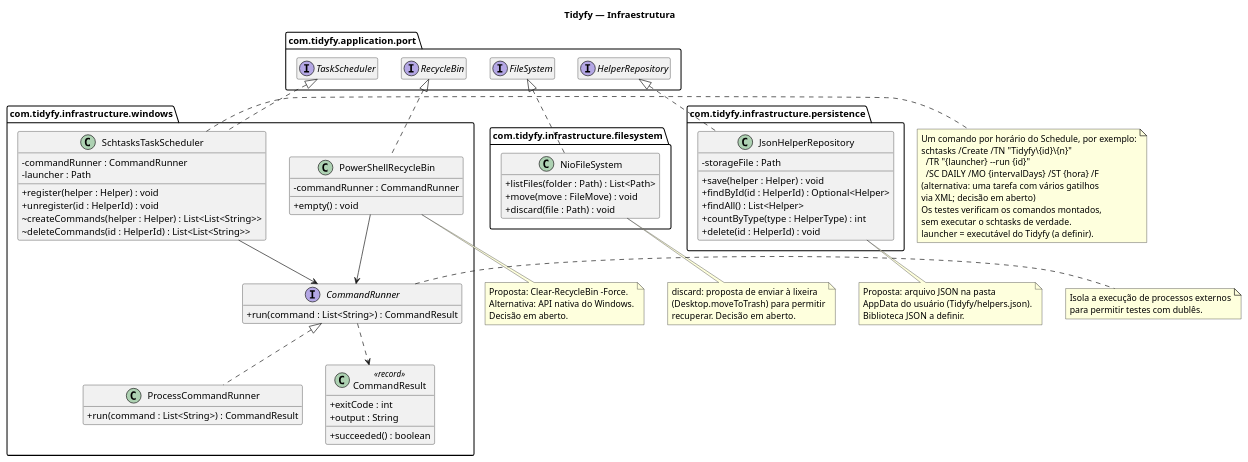
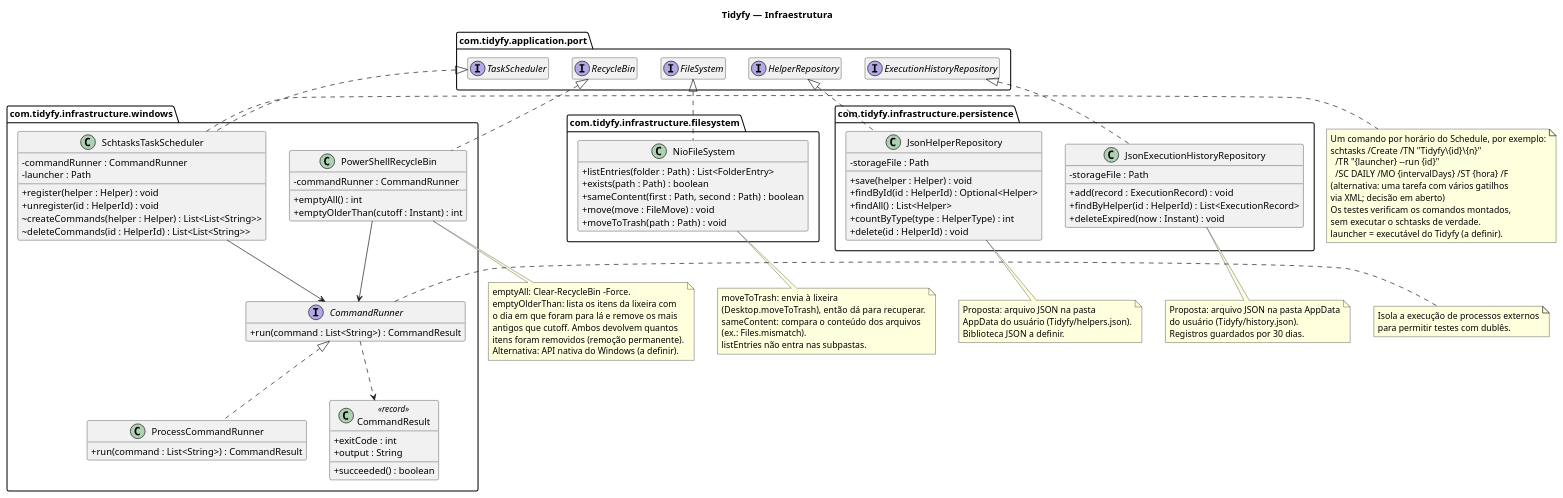
The diagram in docs/diagrams/04-infrastructure.puml (VitorLopesV/tidyfy), drawn with PlantUML before and after one commit. The commit also changed 4 other files, not shown here.

Commit message:
docs: atualiza os diagramas com as novas regras

```diff
--- a/docs/diagrams/04-infrastructure.puml
+++ b/docs/diagrams/04-infrastructure.puml
@@ -1,111 +1,134 @@
 @startuml infrastructure
 title Tidyfy — Infraestrutura
 
 skinparam shadowing false
 skinparam classAttributeIconSize 0
 set namespaceSeparator none
 hide empty members
 
 package "com.tidyfy.infrastructure.windows" {
 
   class SchtasksTaskScheduler {
     - commandRunner : CommandRunner
     - launcher : Path
     + register(helper : Helper) : void
     + unregister(id : HelperId) : void
     ~ createCommands(helper : Helper) : List<List<String>>
     ~ deleteCommands(id : HelperId) : List<List<String>>
   }
 
   class PowerShellRecycleBin {
     - commandRunner : CommandRunner
-    + empty() : void
+    + emptyAll() : int
+    + emptyOlderThan(cutoff : Instant) : int
   }
 
   interface CommandRunner {
     + run(command : List<String>) : CommandResult
   }
 
   class ProcessCommandRunner {
     + run(command : List<String>) : CommandResult
   }
 
   class CommandResult <<record>> {
     + exitCode : int
     + output : String
     + succeeded() : boolean
   }
 }
 
 package "com.tidyfy.infrastructure.filesystem" {
   class NioFileSystem {
-    + listFiles(folder : Path) : List<Path>
+    + listEntries(folder : Path) : List<FolderEntry>
+    + exists(path : Path) : boolean
+    + sameContent(first : Path, second : Path) : boolean
     + move(move : FileMove) : void
-    + discard(file : Path) : void
+    + moveToTrash(path : Path) : void
   }
 }
 
 package "com.tidyfy.infrastructure.persistence" {
   class JsonHelperRepository {
     - storageFile : Path
     + save(helper : Helper) : void
     + findById(id : HelperId) : Optional<Helper>
     + findAll() : List<Helper>
     + countByType(type : HelperType) : int
     + delete(id : HelperId) : void
   }
+
+  class JsonExecutionHistoryRepository {
+    - storageFile : Path
+    + add(record : ExecutionRecord) : void
+    + findByHelper(id : HelperId) : List<ExecutionRecord>
+    + deleteExpired(now : Instant) : void
+  }
 }
 
 package "com.tidyfy.application.port" {
   interface TaskScheduler
   interface RecycleBin
   interface FileSystem
   interface HelperRepository
+  interface ExecutionHistoryRepository
 }
 
 TaskScheduler <|.. SchtasksTaskScheduler
 RecycleBin <|.. PowerShellRecycleBin
 FileSystem <|.. NioFileSystem
 HelperRepository <|.. JsonHelperRepository
+ExecutionHistoryRepository <|.. JsonExecutionHistoryRepository
 
 SchtasksTaskScheduler --> CommandRunner
 PowerShellRecycleBin --> CommandRunner
 CommandRunner <|.. ProcessCommandRunner
 CommandRunner ..> CommandResult
 
 note right of SchtasksTaskScheduler
   Um comando por horário do Schedule, por exemplo:
   schtasks /Create /TN "Tidyfy\{id}\{n}"
     /TR "{launcher} --run {id}"
     /SC DAILY /MO {intervalDays} /ST {hora} /F
   (alternativa: uma tarefa com vários gatilhos
   via XML; decisão em aberto)
   Os testes verificam os comandos montados,
   sem executar o schtasks de verdade.
   launcher = executável do Tidyfy (a definir).
 end note
 
 note right of CommandRunner
   Isola a execução de processos externos
   para permitir testes com dublês.
 end note
 
 note bottom of PowerShellRecycleBin
-  Proposta: Clear-RecycleBin -Force.
-  Alternativa: API nativa do Windows.
-  Decisão em aberto.
+  emptyAll: Clear-RecycleBin -Force.
+  emptyOlderThan: lista os itens da lixeira com
+  o dia em que foram para lá e remove os mais
+  antigos que cutoff. Ambos devolvem quantos
+  itens foram removidos (remoção permanente).
+  Alternativa: API nativa do Windows (a definir).
 end note
 
 note bottom of NioFileSystem
-  discard: proposta de enviar à lixeira
-  (Desktop.moveToTrash) para permitir
-  recuperar. Decisão em aberto.
+  moveToTrash: envia à lixeira
+  (Desktop.moveToTrash), então dá para recuperar.
+  sameContent: compara o conteúdo dos arquivos
+  (ex.: Files.mismatch).
+  listEntries não entra nas subpastas.
 end note
 
 note bottom of JsonHelperRepository
   Proposta: arquivo JSON na pasta
   AppData do usuário (Tidyfy/helpers.json).
   Biblioteca JSON a definir.
 end note
 
+note bottom of JsonExecutionHistoryRepository
+  Proposta: arquivo JSON na pasta AppData
+  do usuário (Tidyfy/history.json).
+  Registros guardados por 30 dias.
+end note
+
 @enduml
```
